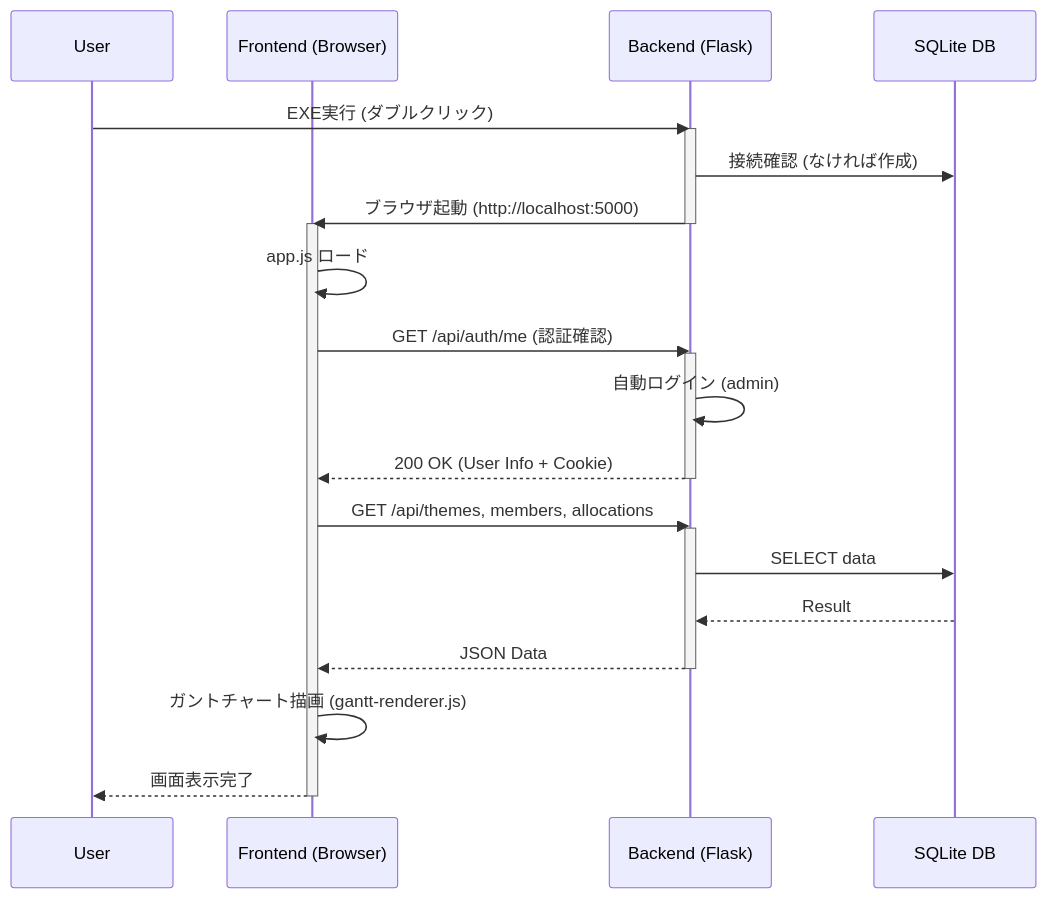
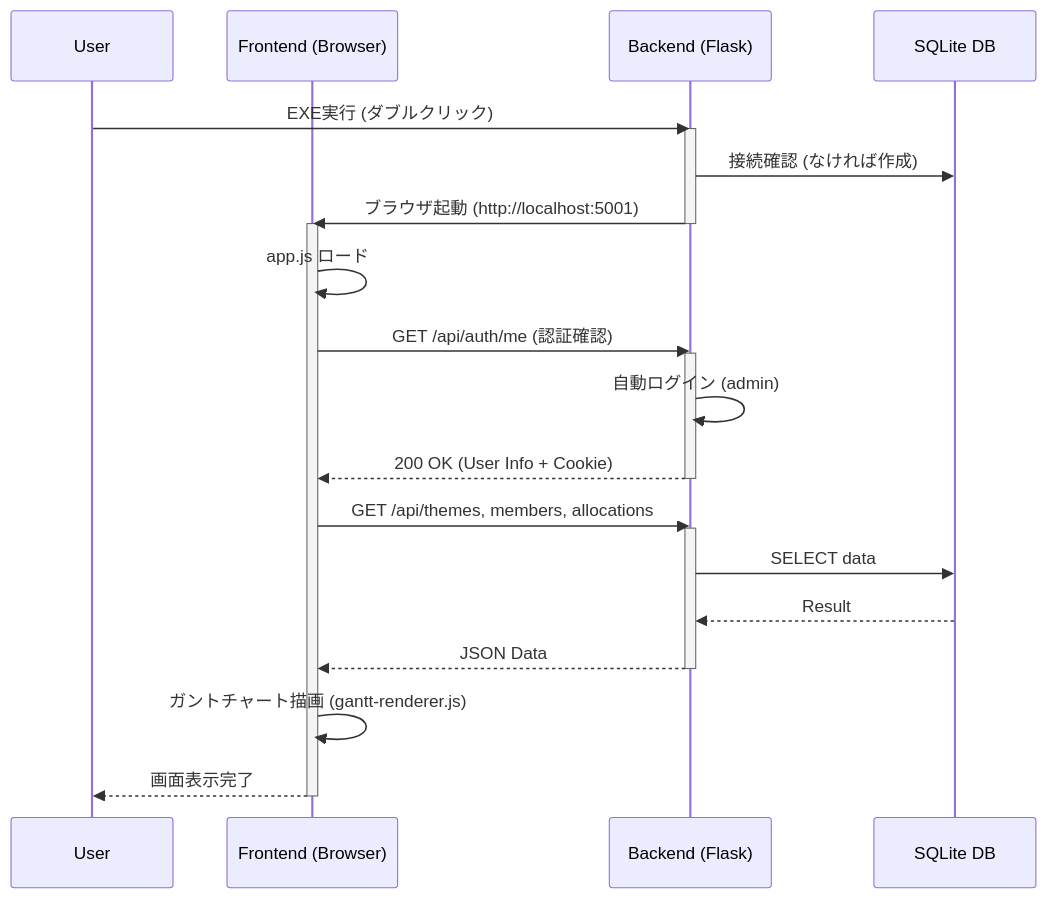
One commit to masakinakai3/Manage changed the third of 3 diagrams in SoftwareDesign.md. Above: the diagram before and after it, drawn with Mermaid. The commit also changed other lines of this file, not shown here.

````diff
--- a/SoftwareDesign.md
+++ b/SoftwareDesign.md
@@ -353,32 +353,32 @@
 ```mermaid
 sequenceDiagram
     participant User
     participant Browser as Frontend (Browser)
     participant Server as Backend (Flask)
     participant DB as SQLite DB
 
     User->>Server: EXE実行 (ダブルクリック)
     activate Server
     Server->>DB: 接続確認 (なければ作成)
-    Server->>Browser: ブラウザ起動 (http://localhost:5000)
+    Server->>Browser: ブラウザ起動 (http://localhost:5001)
     deactivate Server
 
     activate Browser
     Browser->>Browser: app.js ロード
     Browser->>Server: GET /api/auth/me (認証確認)
     activate Server
     Server->>Server: 自動ログイン (admin)
     Server-->>Browser: 200 OK (User Info + Cookie)
     deactivate Server
 
     Browser->>Server: GET /api/themes, members, allocations
     activate Server
     Server->>DB: SELECT data
     DB-->>Server: Result
     Server-->>Browser: JSON Data
     deactivate Server
 
     Browser->>Browser: ガントチャート描画 (gantt-renderer.js)
     Browser-->>User: 画面表示完了
     deactivate Browser
 ```
````
